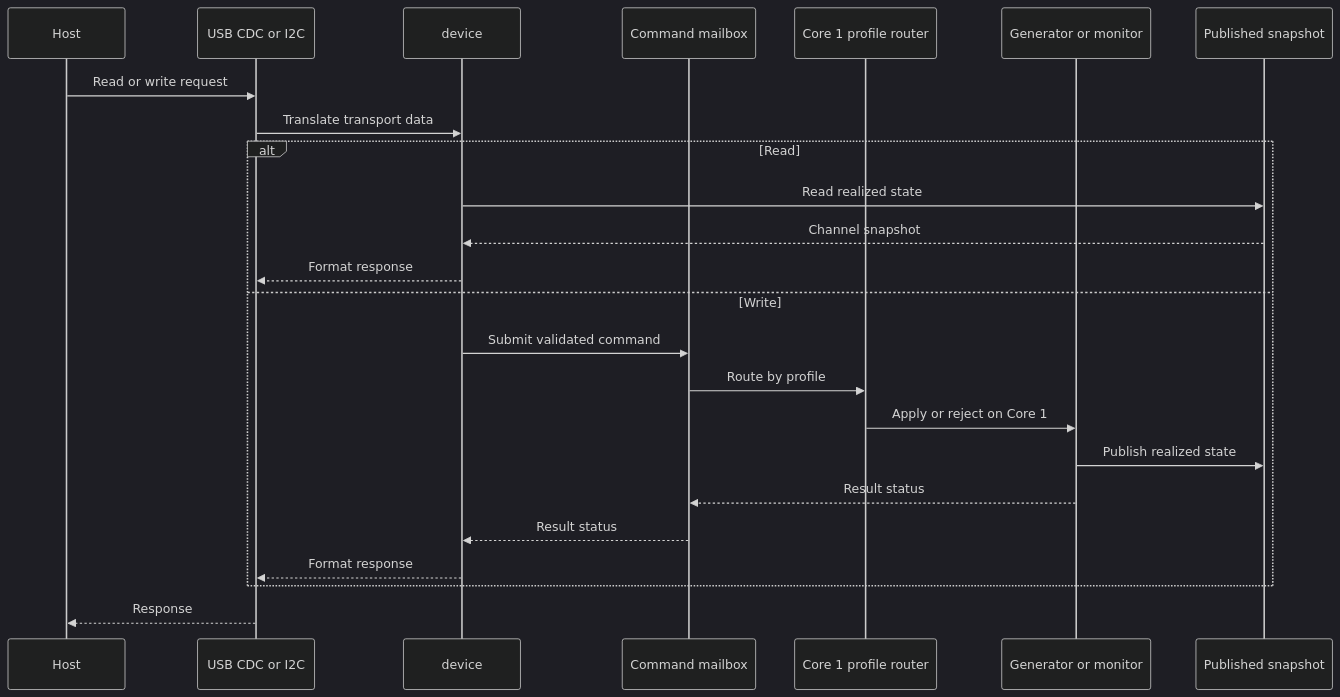
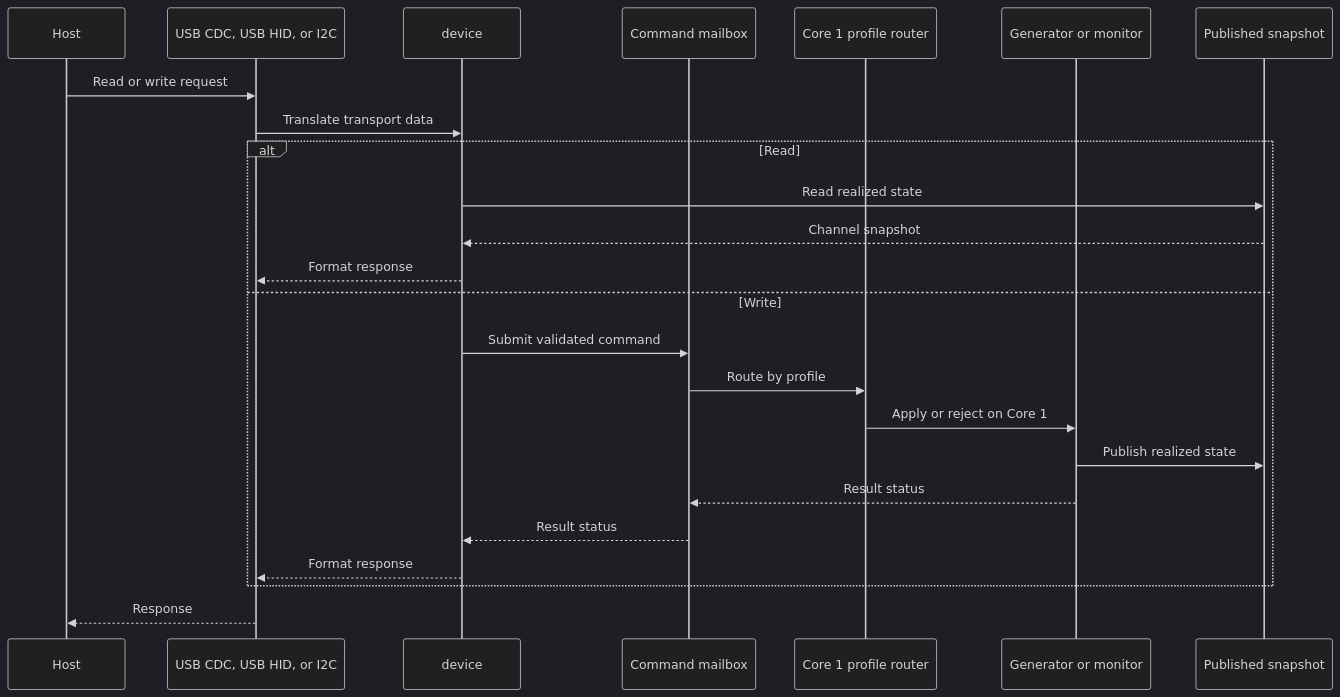
The second of 4 diagrams in docs/design/architecture.md (djwinter29-oss/PicoPWM), drawn with Mermaid (dark theme) before and after one commit. The commit also changed other lines of this file and 17 other files, not shown here.

````diff
--- a/docs/design/architecture.md
+++ b/docs/design/architecture.md
@@ -221,27 +221,27 @@
 ```mermaid
 sequenceDiagram
     participant Host
-    participant Transport as USB CDC or I2C
+    participant Transport as USB CDC, USB HID, or I2C
     participant Control as device
     participant Mailbox as Command mailbox
     participant Router as Core 1 profile router
     participant Backend as Generator or monitor
     participant State as Published snapshot
 
     Host->>Transport: Read or write request
     Transport->>Control: Translate transport data
     alt Read
         Control->>State: Read realized state
         State-->>Control: Channel snapshot
         Control-->>Transport: Format response
     else Write
         Control->>Mailbox: Submit validated command
         Mailbox->>Router: Route by profile
         Router->>Backend: Apply or reject on Core 1
         Backend->>State: Publish realized state
         Backend-->>Mailbox: Result status
         Mailbox-->>Control: Result status
         Control-->>Transport: Format response
     end
     Transport-->>Host: Response
 ```
````
